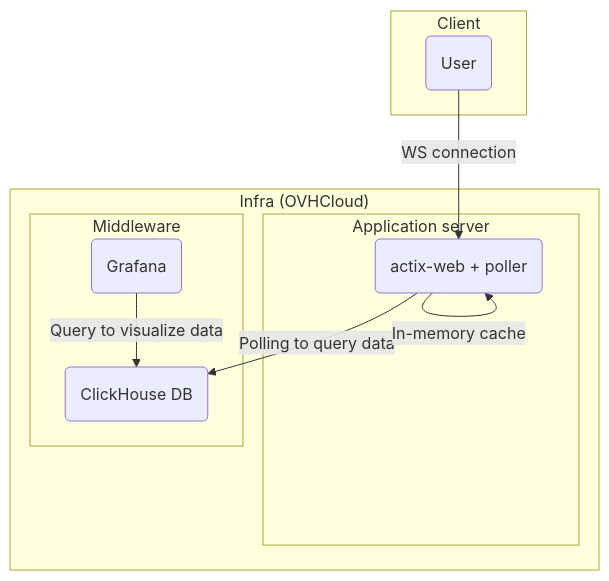
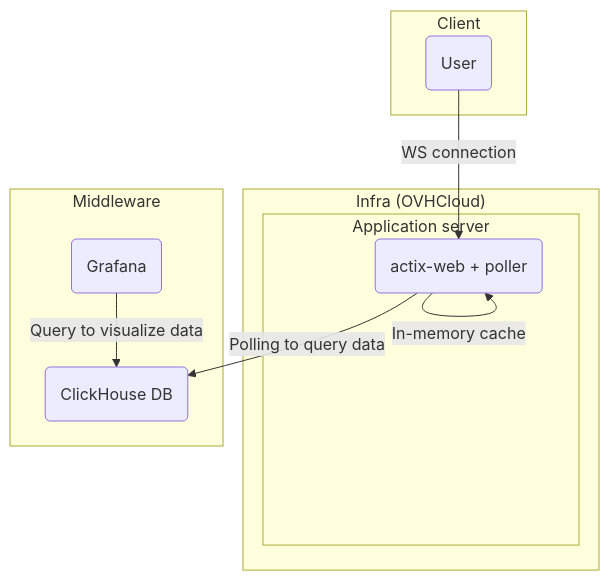
The diagram in README.md (aaaadev/ws-test), drawn with Mermaid before and after one commit.

````diff
--- a/README.md
+++ b/README.md
@@ -13,23 +13,21 @@
 ```mermaid
 graph TD
     subgraph "Client"
         Clients(User)
     end
 
     subgraph "Infra (OVHCloud)"
         subgraph "Application server"
             API(actix-web + poller)
         end
-        
-        subgraph "Middleware"
+    end
+            subgraph "Middleware"
             DB(ClickHouse DB)
             Grafana(Grafana)
         end
-    end
 
     Clients -- "WS connection" --> API
     API -- "Polling to query data" --> DB
     API -- "In-memory cache" --> API
     Grafana -- "Query to visualize data" --> DB
-
 ```
````
